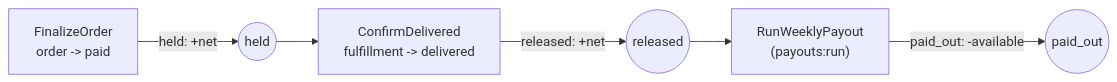
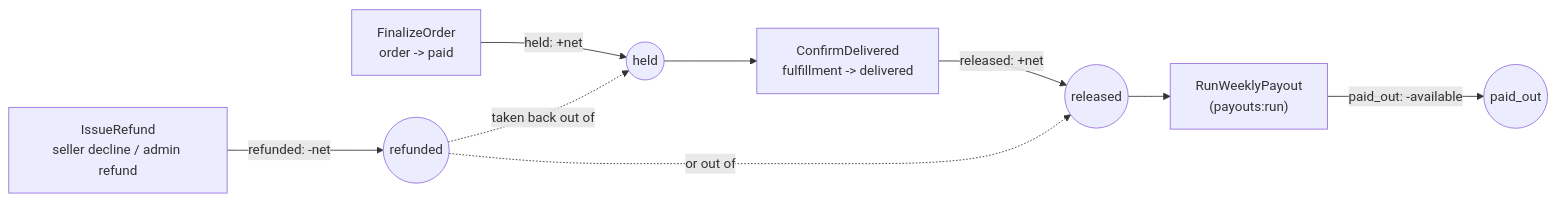
The first of 2 diagrams in prototype/php/docs/escrow.md (jonathan-beebe/art-store), drawn with Mermaid before and after one commit. The commit also changed other lines of this file and 461 other files, not shown here.

````diff
--- a/prototype/php/docs/escrow.md
+++ b/prototype/php/docs/escrow.md
@@ -14,8 +24,11 @@
 ```mermaid
 flowchart LR
     finalize["FinalizeOrder\norder -> paid"] -->|"held: +net"| held(("held"))
     held --> confirm["ConfirmDelivered\nfulfillment -> delivered"]
     confirm -->|"released: +net"| released(("released"))
     released --> run["RunWeeklyPayout\n(payouts:run)"]
     run -->|"paid_out: -available"| paidout(("paid_out"))
+    issue["IssueRefund\nseller decline / admin refund"] -->|"refunded: -net"| refunded(("refunded"))
+    refunded -.->|"taken back out of"| held
+    refunded -.->|"or out of"| released
 ```
````
